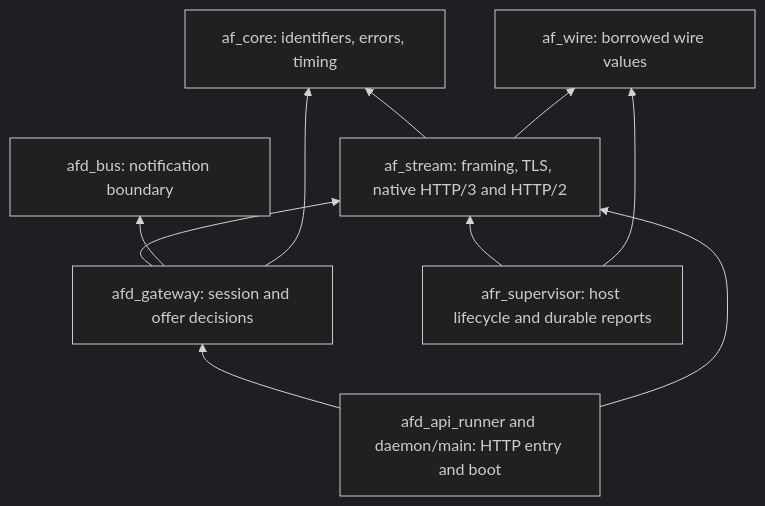
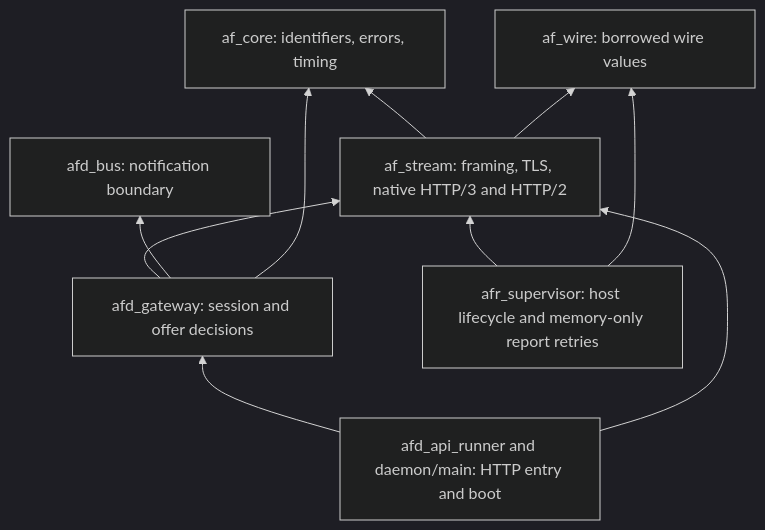
One commit to agentsfleet/agentsfleet changed the diagram in docs/reviews/m243/implementation-signoff.md. Above: the diagram before and after it, drawn with Mermaid (dark theme). The commit also changed other lines of this file and 366 other files, not shown here.

````diff
--- a/docs/reviews/m243/implementation-signoff.md
+++ b/docs/reviews/m243/implementation-signoff.md
@@ -147,19 +180,19 @@
 ```mermaid
 flowchart BT
     core[af_core: identifiers, errors, timing]
     wire[af_wire: borrowed wire values]
     stream[af_stream: framing, TLS, native HTTP/3 and HTTP/2]
     bus[afd_bus: notification boundary]
     gateway[afd_gateway: session and offer decisions]
-    runner[afr_supervisor: host lifecycle and durable reports]
+    runner[afr_supervisor: host lifecycle and memory-only report retries]
     api[afd_api_runner and daemon/main: HTTP entry and boot]
     stream --> core
     stream --> wire
     gateway --> stream
     gateway --> bus
     gateway --> core
     runner --> stream
     runner --> wire
     api --> gateway
     api --> stream
 ```
````
